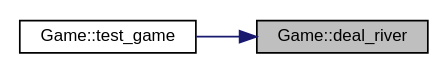
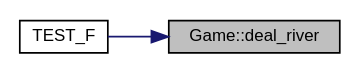
The diagram in class_game_abe6dc7900667fabf1048c5391ce9a4bc_icgraph.dot (jesstyrrell/cosc345), drawn with Graphviz before and after one commit. The commit also changed 332 other files, not shown here.

```diff
--- a/class_game_abe6dc7900667fabf1048c5391ce9a4bc_icgraph.dot
+++ b/class_game_abe6dc7900667fabf1048c5391ce9a4bc_icgraph.dot
@@ -1,11 +1,11 @@
 digraph "Game::deal_river"
 {
  // INTERACTIVE_SVG=YES
  // LATEX_PDF_SIZE
   edge [fontname="Helvetica",fontsize="10",labelfontname="Helvetica",labelfontsize="10"];
   node [fontname="Helvetica",fontsize="10",shape=record];
   rankdir="RL";
   Node1 [label="Game::deal_river",height=0.2,width=0.4,color="black", fillcolor="grey75", style="filled", fontcolor="black",tooltip="Deals the river (the fifth community card)."];
   Node1 -> Node2 [dir="back",color="midnightblue",fontsize="10",style="solid",fontname="Helvetica"];
-  Node2 [label="Game::test_game",height=0.2,width=0.4,color="black", fillcolor="white", style="filled",URL="$class_game.html#a2a40b9c0d56307fbe67da500ed9d4cff",tooltip="Tests the Game class functionality."];
+  Node2 [label="TEST_F",height=0.2,width=0.4,color="black", fillcolor="white", style="filled",URL="$test___game_8cc.html#a3411704325b908012d8d4f14acdab447",tooltip=" "];
 }
```
